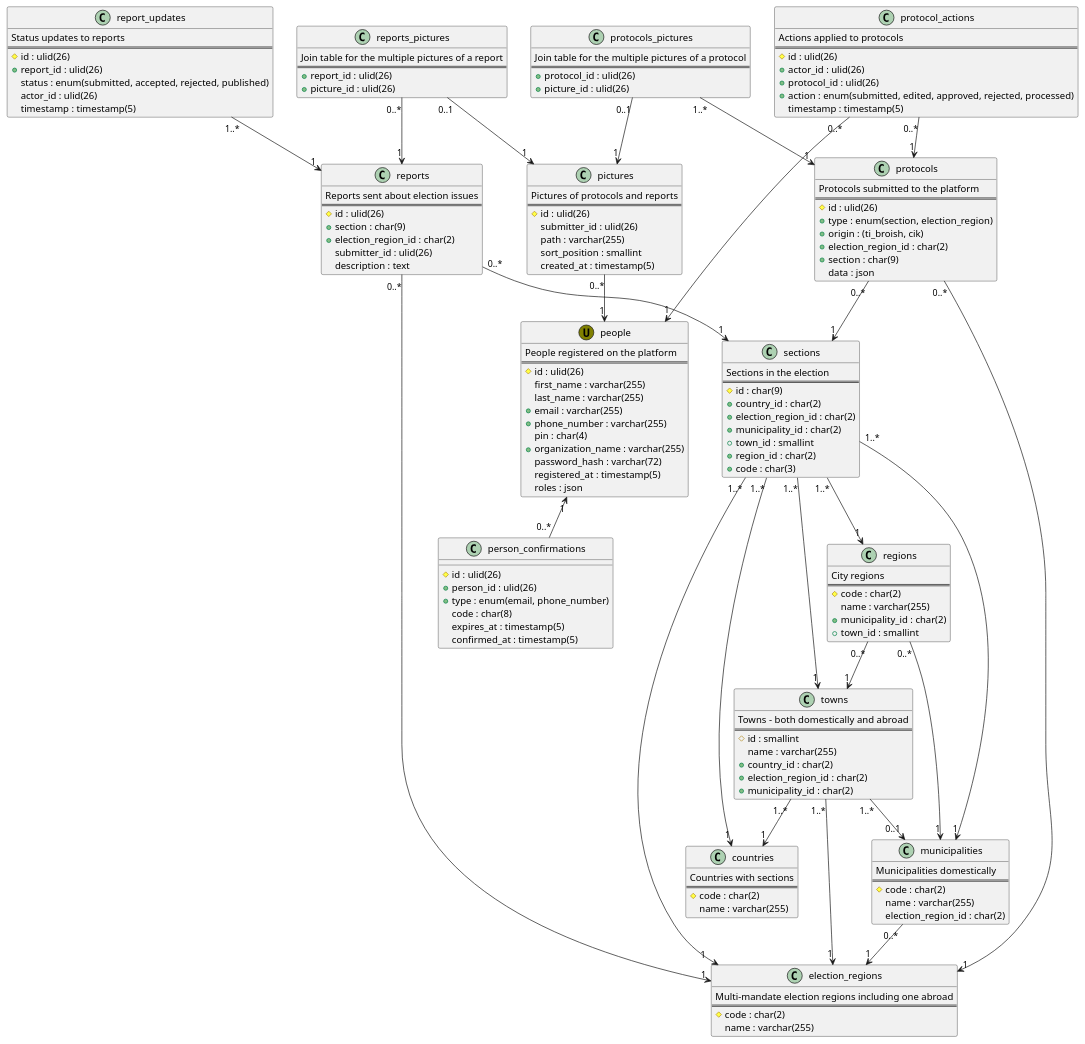
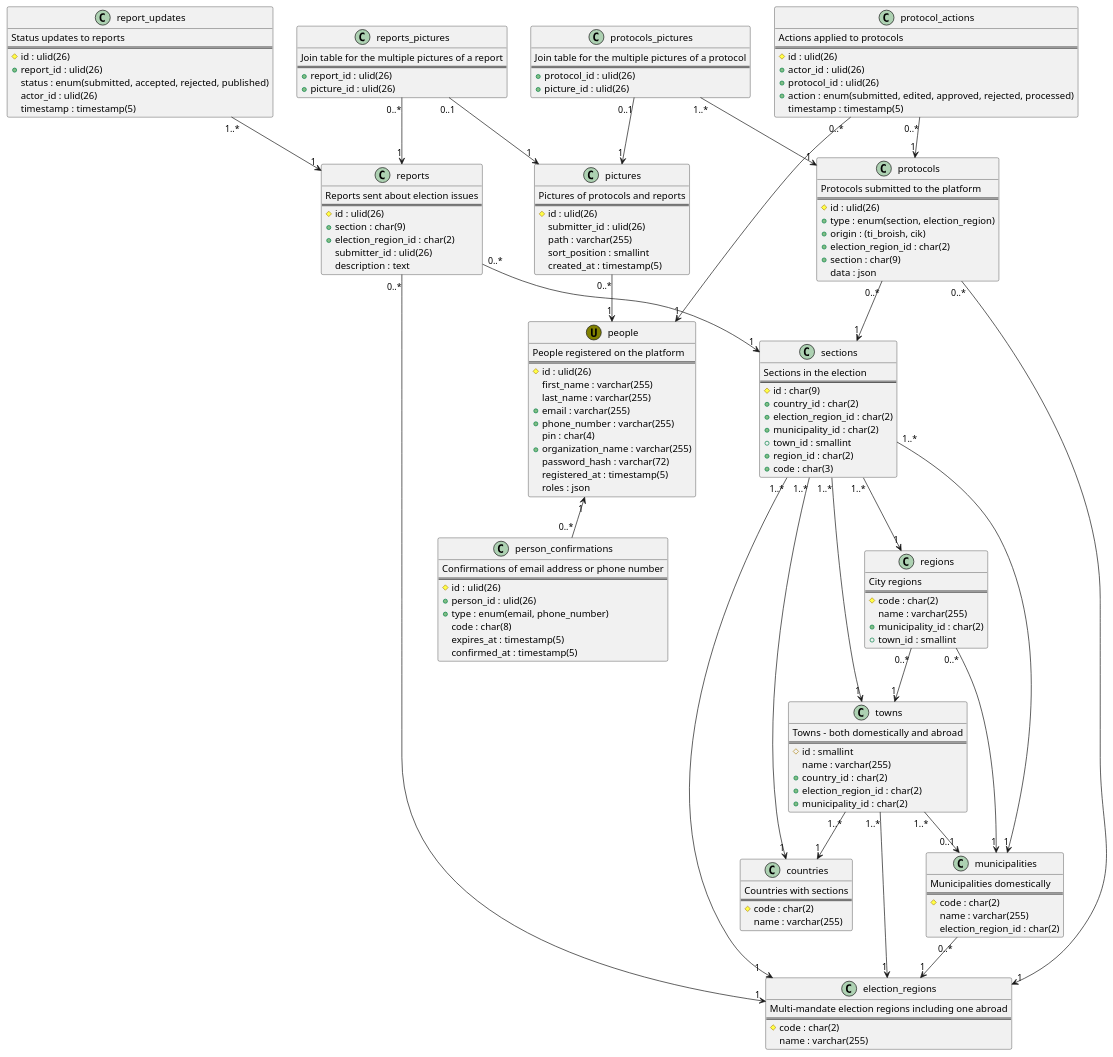
Before and after one commit to ti-broish/docs: the diagram in src/Контекст/Ти Броиш/База Данни/1.database.puml, drawn with PlantUML.

Commit message:
Add title to person confirmations table

```diff
--- a/src/Контекст/Ти Броиш/База Данни/1.database.puml
+++ b/src/Контекст/Ти Броиш/База Данни/1.database.puml
@@ -1,181 +1,183 @@
 @startuml database
 
 class people <<(U,olive)>> {
   People registered on the platform
   ==
   #id : ulid(26)
   first_name : varchar(255)
   last_name : varchar(255)
   +email : varchar(255)
   +phone_number : varchar(255)
   pin : char(4)
   +organization_name : varchar(255)
   password_hash : varchar(72)
   registered_at : timestamp(5)
   roles : json
 }
 
 people "1" <-- "0..*" person_confirmations
 
 class person_confirmations {
+    Confirmations of email address or phone number
+    ==
     #id : ulid(26)
     +person_id : ulid(26)
     +type : enum(email, phone_number)
     code : char(8)
     expires_at : timestamp(5)
     confirmed_at : timestamp(5)
 }
 
 class sections {
     Sections in the election
     ==
     #id : char(9)
     +country_id : char(2)
     +election_region_id : char(2)
     +municipality_id : char(2)
     +town_id : smallint
     +region_id : char(2)
     +code : char(3)
 }
 
 sections "1..*" --> "1" countries
 sections "1..*" --> "1" election_regions
 sections "1..*" --> "1" municipalities
 sections "1..*" --> "1" regions
 sections "1..*" --> "1" towns
 
 class protocols {
     Protocols submitted to the platform
     ==
     #id : ulid(26)
     +type : enum(section, election_region)
     +origin : (ti_broish, cik)
     +election_region_id : char(2)
     +section : char(9)
     data : json
 }
 
 protocols "0..*" --> "1" sections
 protocols "0..*" --> "1" election_regions
 
 class protocol_actions {
     Actions applied to protocols
     ==
     #id : ulid(26)
     +actor_id : ulid(26)
     +protocol_id : ulid(26)
     +action : enum(submitted, edited, approved, rejected, processed)
     timestamp : timestamp(5)
 }
 
 protocol_actions "0..*" --> "1" protocols
 protocol_actions "0..*" --> "1" people
 
 class reports {
     Reports sent about election issues
     ==
     #id : ulid(26)
     +section : char(9)
     +election_region_id : char(2)
     submitter_id : ulid(26)
     description : text
 }
 
 reports "0..*" --> "1" sections
 reports "0..*" --> "1" election_regions
 
 class report_updates {
     Status updates to reports
     ==
     #id : ulid(26)
     +report_id : ulid(26)
     status : enum(submitted, accepted, rejected, published)
     actor_id : ulid(26)
     timestamp : timestamp(5)
 }
 
 report_updates "1..*" --> "1" reports
 
 class pictures {
     Pictures of protocols and reports
     ==
     #id : ulid(26)
     submitter_id : ulid(26)
     path : varchar(255)
     sort_position : smallint
     created_at : timestamp(5)
 }
 
 pictures "0..*" --> "1" people
 
 class reports_pictures {
     Join table for the multiple pictures of a report
     ==
     +report_id : ulid(26)
     +picture_id : ulid(26)
 }
 
 reports_pictures "0..1" --> "1" pictures
 reports_pictures "0..*" --> "1" reports
 
 class protocols_pictures {
     Join table for the multiple pictures of a protocol
     ==
     +protocol_id : ulid(26)
     +picture_id : ulid(26)
 }
 
 protocols_pictures "0..1" --> "1" pictures
 protocols_pictures "1..*" --> "1" protocols
 
 class election_regions {
     Multi-mandate election regions including one abroad
     ==
     #code : char(2)
     name : varchar(255)
 }
 
 class countries {
     Countries with sections
     ==
     #code : char(2)
     name : varchar(255)
 }
 
 class municipalities {
     Municipalities domestically
     ==
     #code : char(2)
     name : varchar(255)
     election_region_id : char(2)
 }
 
 municipalities "0..*" --> "1" election_regions
 
 class towns {
     Towns - both domestically and abroad
     ==
     #id : smallint
     name : varchar(255)
     +country_id : char(2)
     +election_region_id : char(2)
     +municipality_id : char(2)
 }
 
 towns "1..*" --> "1" countries
 towns "1..*" --> "1" election_regions
 towns "1..*" --> "0..1" municipalities
 
 class regions {
     City regions
     ==
     #code : char(2)
     name : varchar(255)
     +municipality_id : char(2)
     +town_id : smallint
 }
 
 regions "0..*" --> "1" municipalities
 regions "0..*" --> "1" towns
 
 @enduml
```
